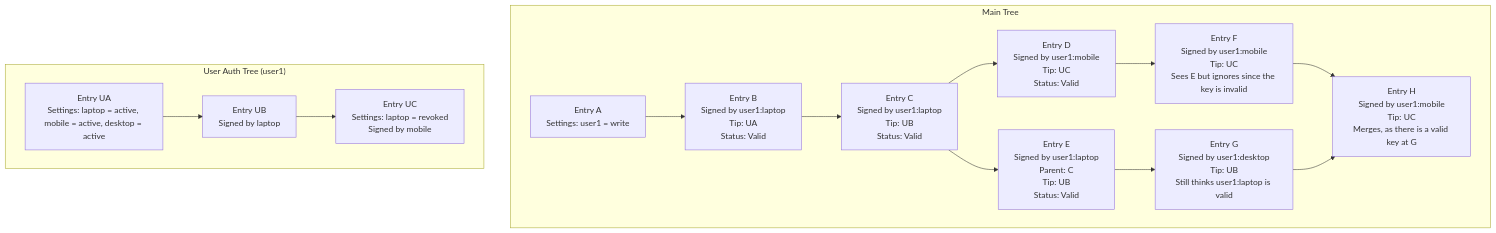
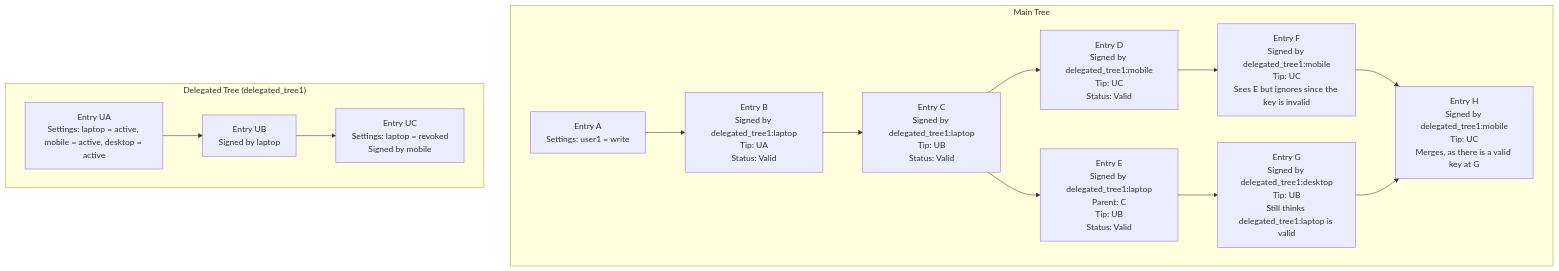
The fifth of 7 diagrams in docs/src/design/authentication.md (arcuru/eidetica), drawn with Mermaid before and after one commit. The commit also changed other lines of this file and 7 other files, not shown here.

````diff
--- a/docs/src/design/authentication.md
+++ b/docs/src/design/authentication.md
@@ -501,30 +466,30 @@
 ```mermaid
 graph TD
     subgraph "Main Tree"
         A["Entry A<br/>Settings: user1 = write"]
-        B["Entry B<br/>Signed by user1:laptop<br/>Tip: UA<br/>Status: Valid"]
-        C["Entry C<br/>Signed by user1:laptop<br/>Tip: UB<br/>Status: Valid"]
-        D["Entry D<br/>Signed by user1:mobile<br/>Tip: UC<br/>Status: Valid"]
-        E["Entry E<br/>Signed by user1:laptop<br/>Parent: C<br/>Tip: UB<br/>Status: Valid"]
-        F["Entry F<br/>Signed by user1:mobile<br/>Tip: UC<br/>Sees E but ignores since the key is invalid"]
-        G["Entry G<br/>Signed by user1:desktop<br/>Tip: UB<br/>Still thinks user1:laptop is valid"]
-        H["Entry H<br/>Signed by user1:mobile<br/>Tip: UC<br/>Merges, as there is a valid key at G"]
+        B["Entry B<br/>Signed by delegated_tree1:laptop<br/>Tip: UA<br/>Status: Valid"]
+        C["Entry C<br/>Signed by delegated_tree1:laptop<br/>Tip: UB<br/>Status: Valid"]
+        D["Entry D<br/>Signed by delegated_tree1:mobile<br/>Tip: UC<br/>Status: Valid"]
+        E["Entry E<br/>Signed by delegated_tree1:laptop<br/>Parent: C<br/>Tip: UB<br/>Status: Valid"]
+        F["Entry F<br/>Signed by delegated_tree1:mobile<br/>Tip: UC<br/>Sees E but ignores since the key is invalid"]
+        G["Entry G<br/>Signed by delegated_tree1:desktop<br/>Tip: UB<br/>Still thinks delegated_tree1:laptop is valid"]
+        H["Entry H<br/>Signed by delegated_tree1:mobile<br/>Tip: UC<br/>Merges, as there is a valid key at G"]
     end
 
-    subgraph "User Auth Tree (user1)"
+    subgraph "Delegated Tree (delegated_tree1)"
         UA["Entry UA<br/>Settings: laptop = active, mobile = active, desktop = active"]
         UB["Entry UB<br/>Signed by laptop"]
         UC["Entry UC<br/>Settings: laptop = revoked<br/>Signed by mobile"]
     end
 
     A --> B
     B --> C
     C --> D
     D --> F
     C --> E
     E --> G
     F --> H
     G --> H
     UA --> UB
     UB --> UC
 ```
````
